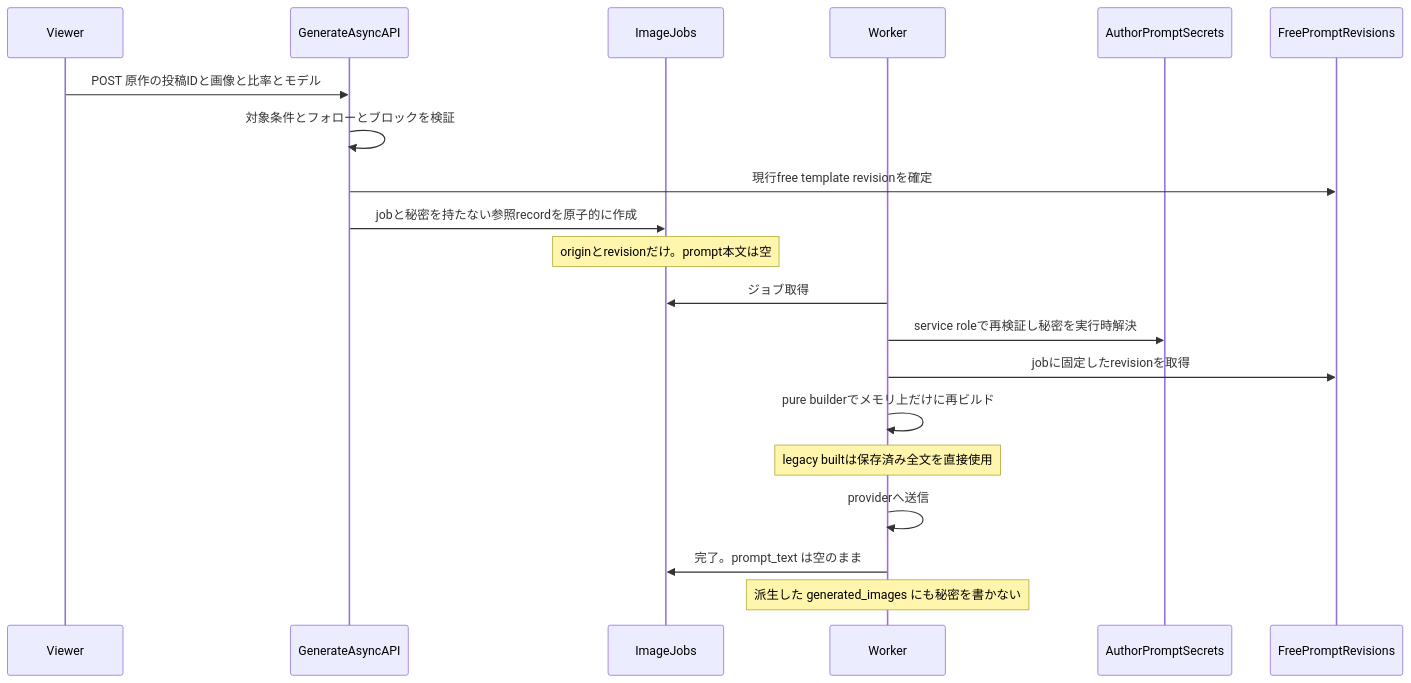
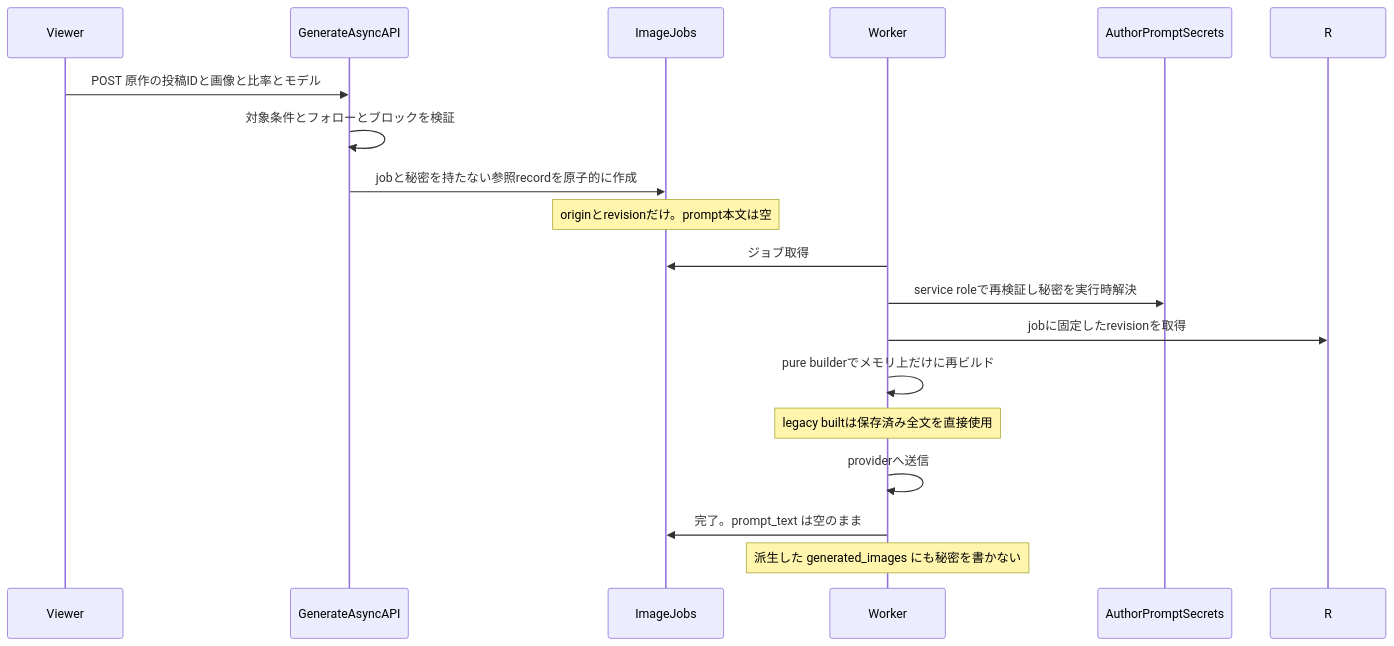
Before and after one commit to 3balljugglerYu/ai_coordinate: the third of 6 diagrams in docs/planning/free-prompt-private-mode-implementation-plan.md, drawn with Mermaid. The commit also changed other lines of this file and 9 other files, not shown here.

First line of the commit message:
feat(free-prompt): 派生生成のDB・API・Workerを実装する (Phase 1) (#469)

````diff
--- a/docs/planning/free-prompt-private-mode-implementation-plan.md
+++ b/docs/planning/free-prompt-private-mode-implementation-plan.md
@@ -260,22 +260,20 @@
 ```mermaid
 sequenceDiagram
     participant U as Viewer
     participant API as GenerateAsyncAPI
     participant J as ImageJobs
     participant W as Worker
     participant S as AuthorPromptSecrets
-    participant R as FreePromptRevisions
     U->>API: POST 原作の投稿IDと画像と比率とモデル
     API->>API: 対象条件とフォローとブロックを検証
-    API->>R: 現行free template revisionを確定
     API->>J: jobと秘密を持たない参照recordを原子的に作成
     Note over J: originとrevisionだけ。prompt本文は空
     W->>J: ジョブ取得
     W->>S: service roleで再検証し秘密を実行時解決
     W->>R: jobに固定したrevisionを取得
     W->>W: pure builderでメモリ上だけに再ビルド
     Note over W: legacy builtは保存済み全文を直接使用
     W->>W: providerへ送信
     W->>J: 完了。prompt_text は空のまま
     Note over W: 派生した generated_images にも秘密を書かない
 ```
````
